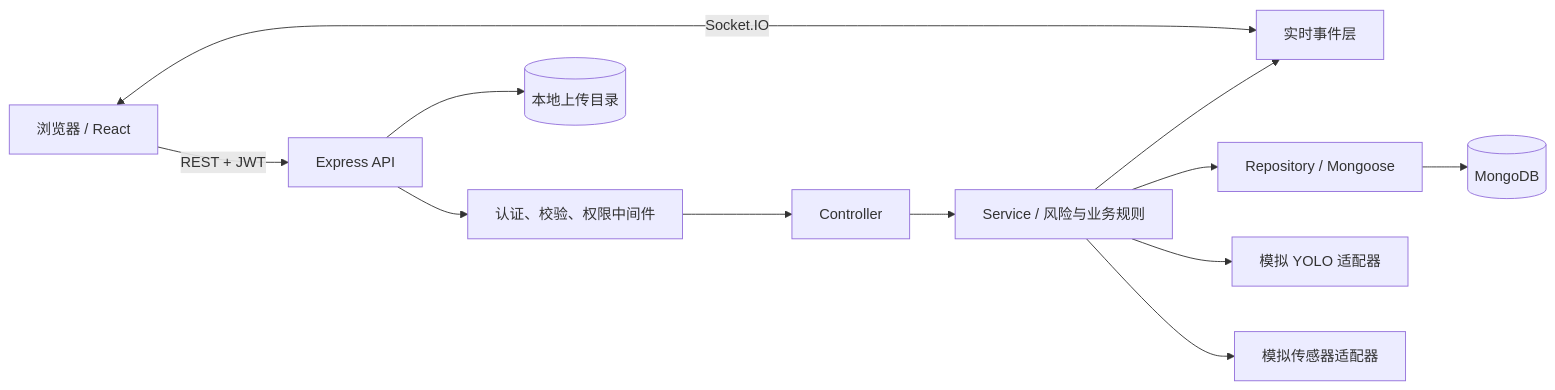
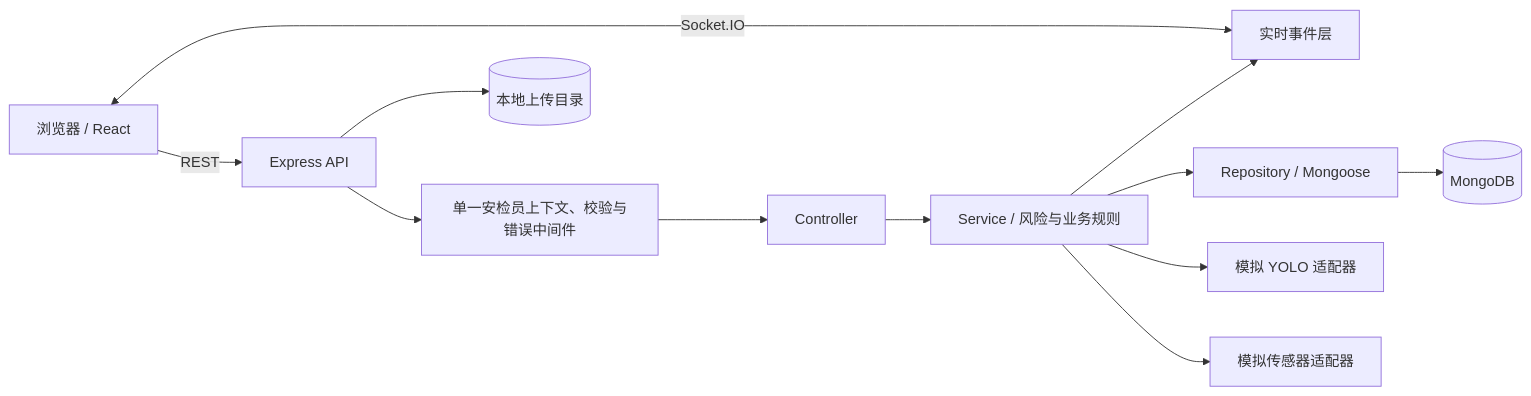
The first of 2 diagrams in README.md (OceanHope315/HSR-Image-Analysis-System), drawn with Mermaid before and after one commit. The commit also changed other lines of this file and 48 other files, not shown here.

````diff
--- a/README.md
+++ b/README.md
@@ -34,14 +36,14 @@
 ```mermaid
 flowchart LR
-    B["浏览器 / React"] -->|"REST + JWT"| E["Express API"]
+    B["浏览器 / React"] -->|"REST"| E["Express API"]
     B <-->|"Socket.IO"| S["实时事件层"]
-    E --> M["认证、校验、权限中间件"]
+    E --> M["单一安检员上下文、校验与错误中间件"]
     M --> C["Controller"]
     C --> SV["Service / 风险与业务规则"]
     SV --> R["Repository / Mongoose"]
     R --> DB[("MongoDB")]
     SV --> Y["模拟 YOLO 适配器"]
     SV --> G["模拟传感器适配器"]
     SV --> S
     E --> U[("本地上传目录")]
 ```
````
